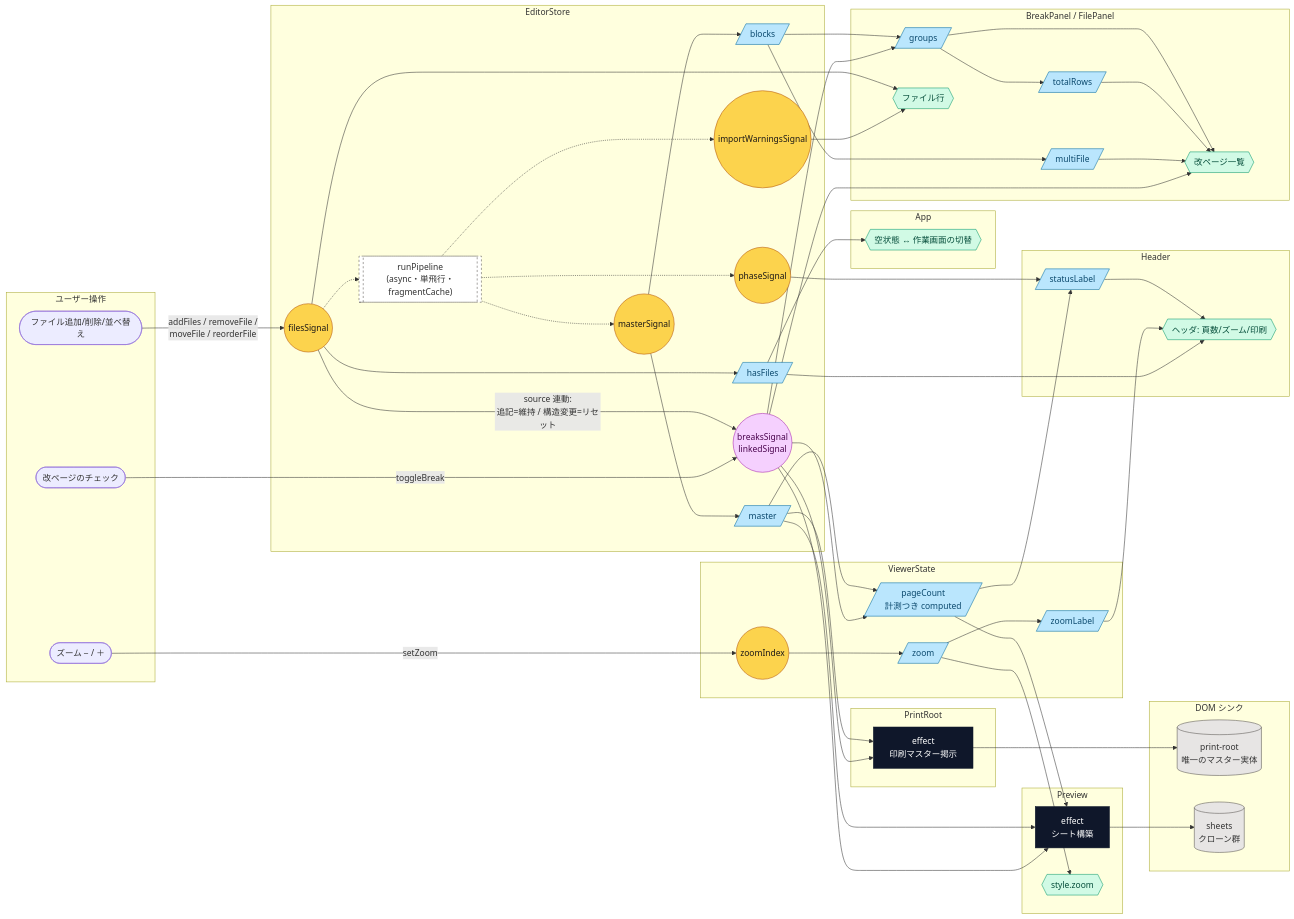
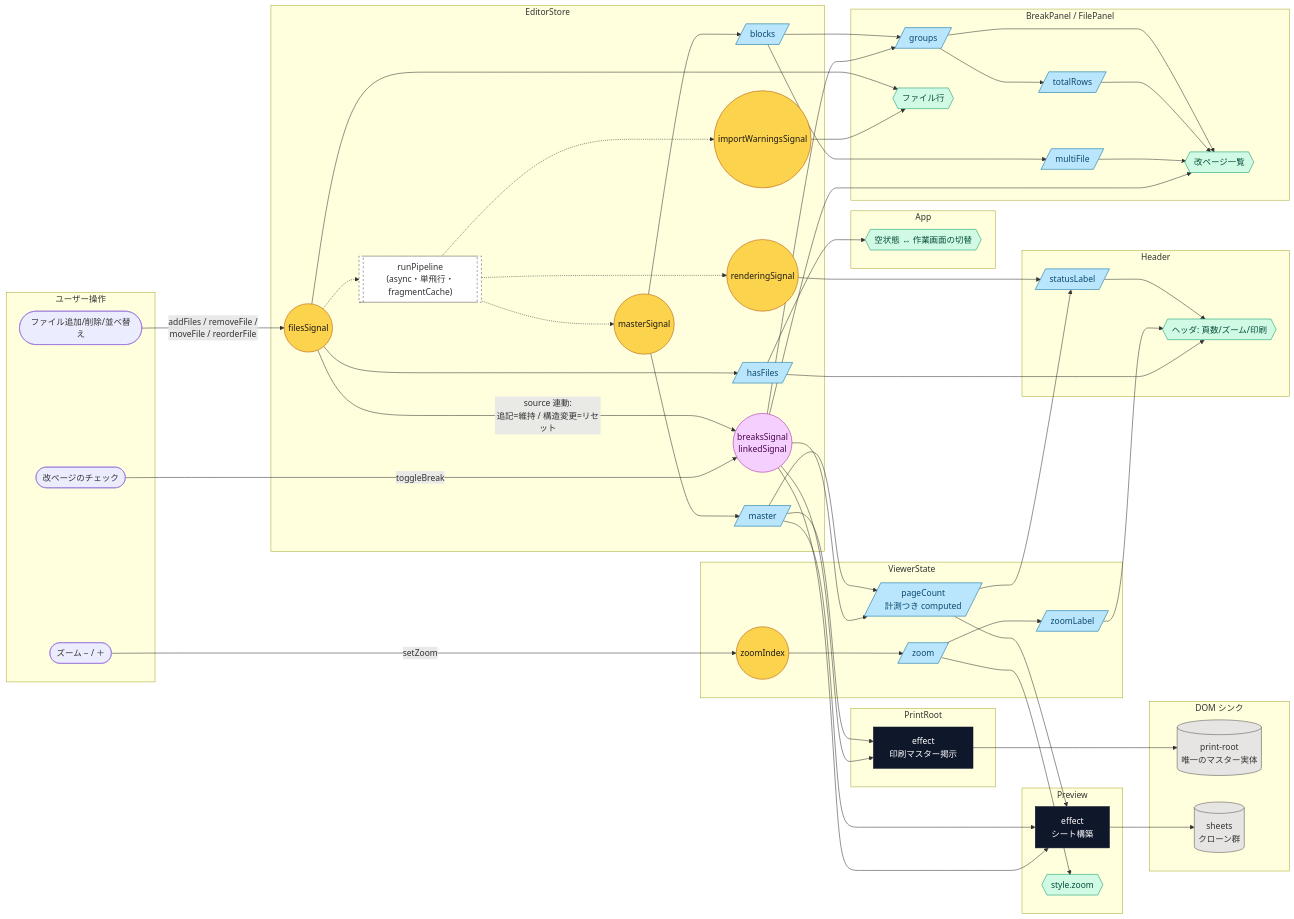
The diagram in docs/signal-graph.md (lacolaco/printmd), drawn with Mermaid before and after one commit. The commit also changed 2 other files, not shown here.

Commit message:
refactor: phase 列挙をブールの rendering に単純化する
'idle' | 'rendering' の 2 値列挙は実態としてブールで、EditorPhase 型は
消しても何も失われない過剰抽象だった。renderingSignal (boolean) に改め、
signal グラフの図も同一コミットで更新。

Claude-Session: https://claude.ai/code/session_01QPt1EiY6Js5cXfcvhPEJZR

```diff
--- a/docs/signal-graph.md
+++ b/docs/signal-graph.md
@@ -19,7 +19,7 @@
   subgraph Store["EditorStore"]
     S1((filesSignal))
     S2((breaksSignal<br/>linkedSignal))
-    S3((phaseSignal))
+    S3((renderingSignal))
     S4((masterSignal))
     S5((importWarningsSignal))
     C1[/hasFiles/]
```
